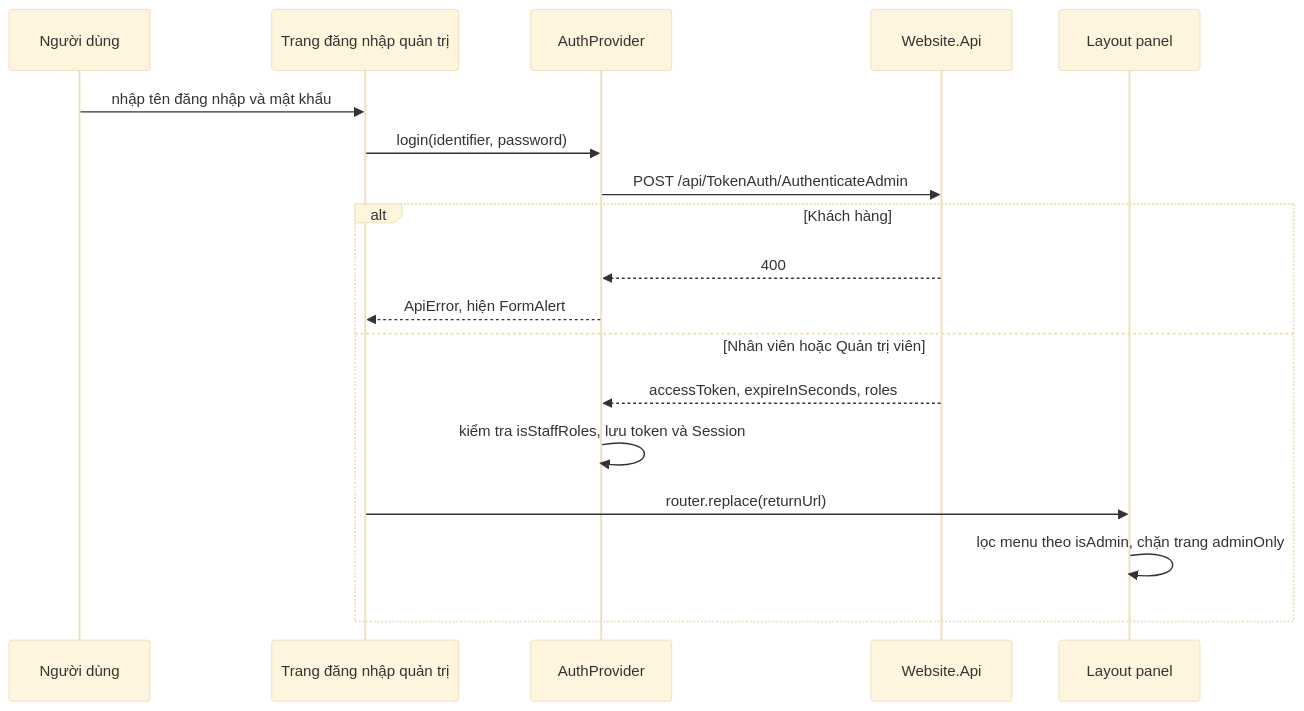
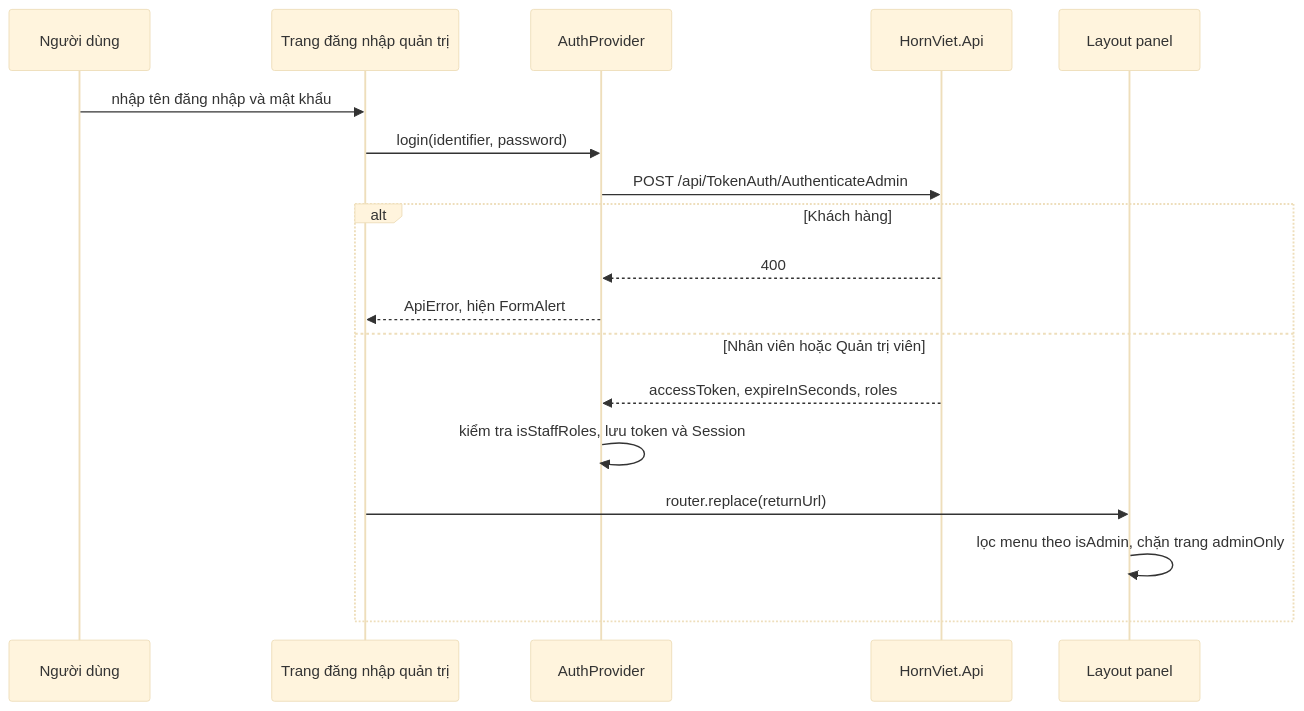
The fourth of 4 diagrams in docs/he-thong/09-giao-dien-frontend.md (Tngoc2902/HornViet), drawn with Mermaid (base theme) before and after one commit. The commit also changed other lines of this file and 170 other files, not shown here.

First line of the commit message:
Đổi tên backend Website.* thành HornViet.*

````diff
--- a/docs/he-thong/09-giao-dien-frontend.md
+++ b/docs/he-thong/09-giao-dien-frontend.md
@@ -333,21 +333,21 @@
 ```mermaid
 sequenceDiagram
     participant U as Người dùng
     participant L as Trang đăng nhập quản trị
     participant Auth as AuthProvider
-    participant API as Website.Api
+    participant API as HornViet.Api
     participant P as Layout panel
 
     U->>L: nhập tên đăng nhập và mật khẩu
     L->>Auth: login(identifier, password)
     Auth->>API: POST /api/TokenAuth/AuthenticateAdmin
     alt Khách hàng
         API-->>Auth: 400
         Auth-->>L: ApiError, hiện FormAlert
     else Nhân viên hoặc Quản trị viên
         API-->>Auth: accessToken, expireInSeconds, roles
         Auth->>Auth: kiểm tra isStaffRoles, lưu token và Session
         L->>P: router.replace(returnUrl)
         P->>P: lọc menu theo isAdmin, chặn trang adminOnly
     end
 ```
````
